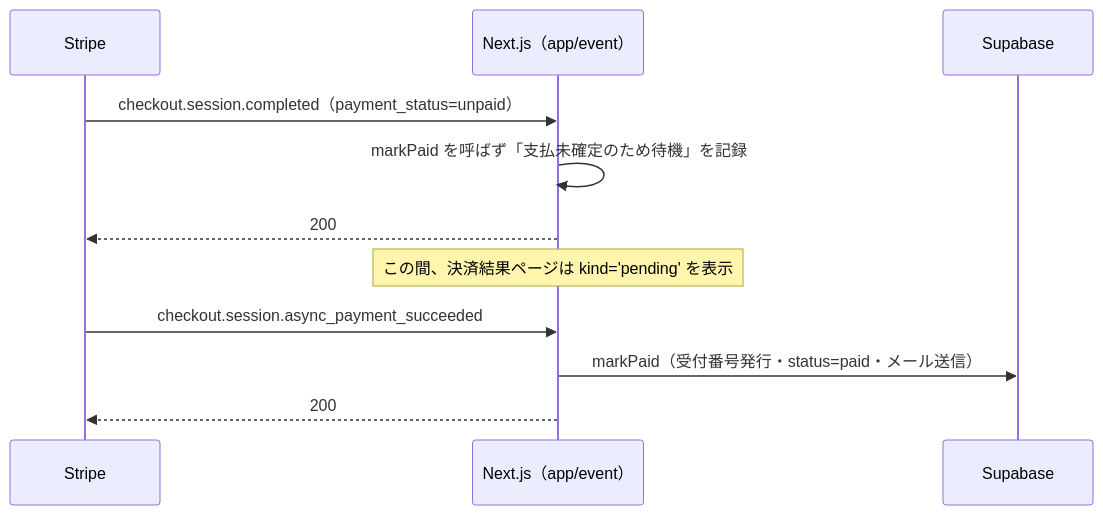
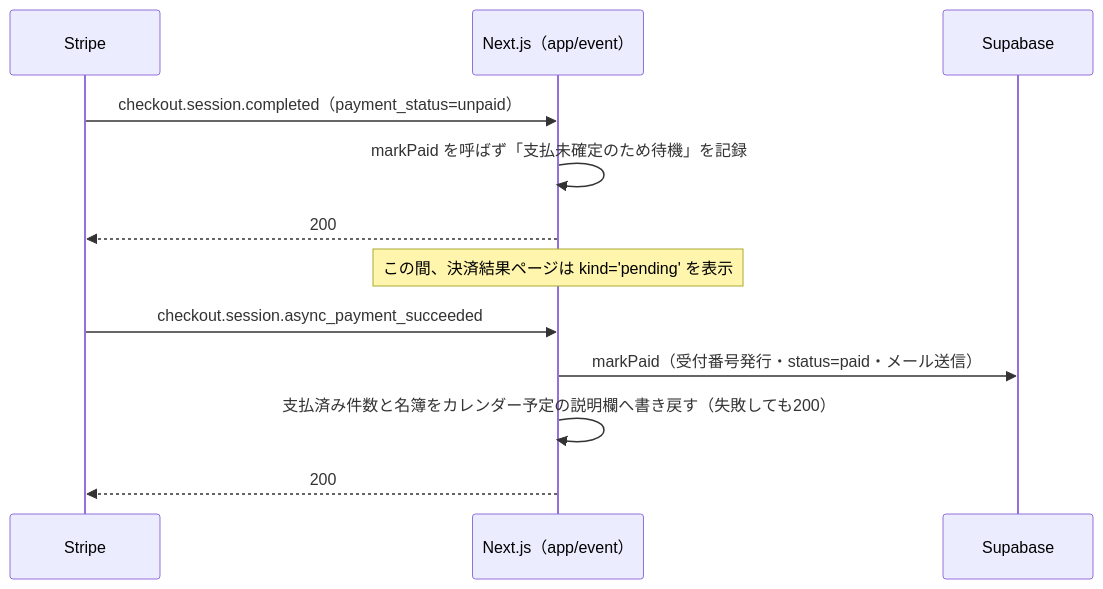
One commit to Haruka-muridae/ts-corporate-renewal changed the second of 6 diagrams in docs/system-design/event-app/03_detailed-design.md. Above: the diagram before and after it, drawn with Mermaid. The commit also changed other lines of this file and 22 other files, not shown here.

````diff
--- a/docs/system-design/event-app/03_detailed-design.md
+++ b/docs/system-design/event-app/03_detailed-design.md
@@ -109,16 +111,17 @@
 ```mermaid
 sequenceDiagram
   participant Stripe as Stripe
   participant App as Next.js（app/event）
   participant DB as Supabase
 
   Stripe->>App: checkout.session.completed（payment_status=unpaid）
   App->>App: markPaid を呼ばず「支払未確定のため待機」を記録
   App-->>Stripe: 200
 
   Note over App: この間、決済結果ページは kind='pending' を表示
 
   Stripe->>App: checkout.session.async_payment_succeeded
   App->>DB: markPaid（受付番号発行・status=paid・メール送信）
+  App->>App: 支払済み件数と名簿をカレンダー予定の説明欄へ書き戻す（失敗しても200）
   App-->>Stripe: 200
 ```
````
